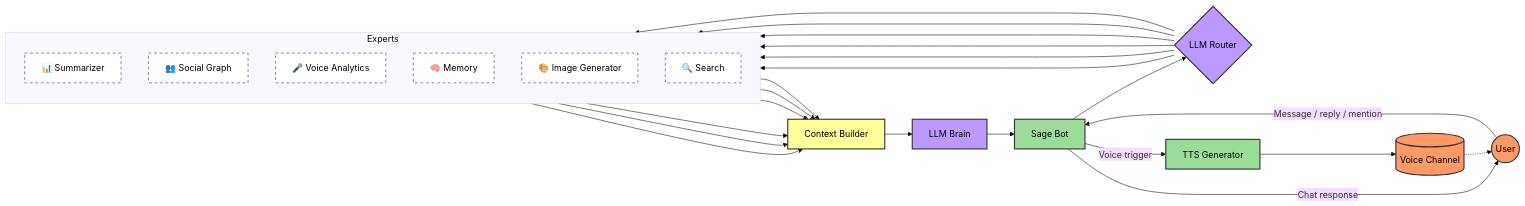
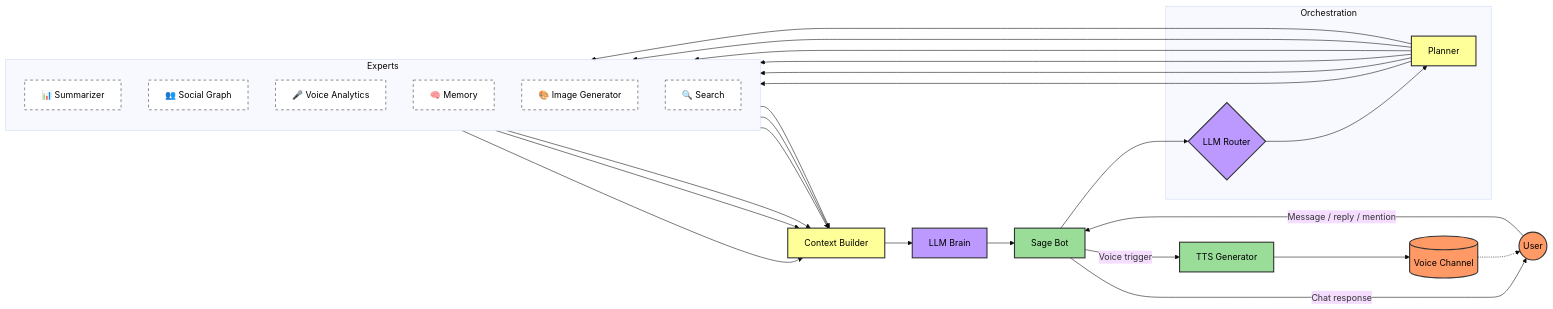
One commit to BokX1/Sage changed the diagram in README.md. Above: the diagram before and after it, drawn with Mermaid (base theme). The commit also changed other lines of this file and 19 other files, not shown here.

Commit message:
docs: update architecture docs to reflect agentic refactor

````diff
--- a/README.md
+++ b/README.md
@@ -59,43 +59,47 @@
 ```mermaid
 flowchart LR
     %% Keep the diagram left-to-right to reduce vertical scroll on GitHub.
     classDef user fill:#f96,stroke:#333,stroke-width:2px,color:black
     classDef bot fill:#9d9,stroke:#333,stroke-width:2px,color:black
     classDef router fill:#b9f,stroke:#333,stroke-width:2px,color:black
     classDef expert fill:#fff,stroke:#333,stroke-width:1px,stroke-dasharray: 5 5,color:black
     classDef context fill:#ff9,stroke:#333,stroke-width:2px,color:black
 
     U((User)):::user -->|"Message / reply / mention"| B[Sage Bot]:::bot
     B --> R{LLM Router}:::router
 
+    subgraph Orchestration
+        R{LLM Router}:::router
+        P[Planner]:::context
+    end
+
     subgraph Experts
         direction TB
         S[📊 Summarizer]:::expert
         G[👥 Social Graph]:::expert
         V[🎤 Voice Analytics]:::expert
         M[🧠 Memory]:::expert
         I[🎨 Image Generator]:::expert
         SR[🔍 Search]:::expert
     end
 
-    R --> S
-    R --> G
-    R --> V
-    R --> M
-
-
-    R --> I
-    R --> SR
+    R --> P
+    P --> S
+    P --> G
+    P --> V
+    P --> M
+    P --> I
+    P --> SR
     S --> C[Context Builder]:::context
     G --> C
     V --> C
     M --> C
 
     I --> C
     SR --> C
     C --> L[LLM Brain]:::router --> B
     B -->|"Chat response"| U
 
     B -->|"Voice trigger"| T[TTS Generator]:::bot --> VC[(Voice Channel)]:::user
     VC -.-> U
 ```
````
